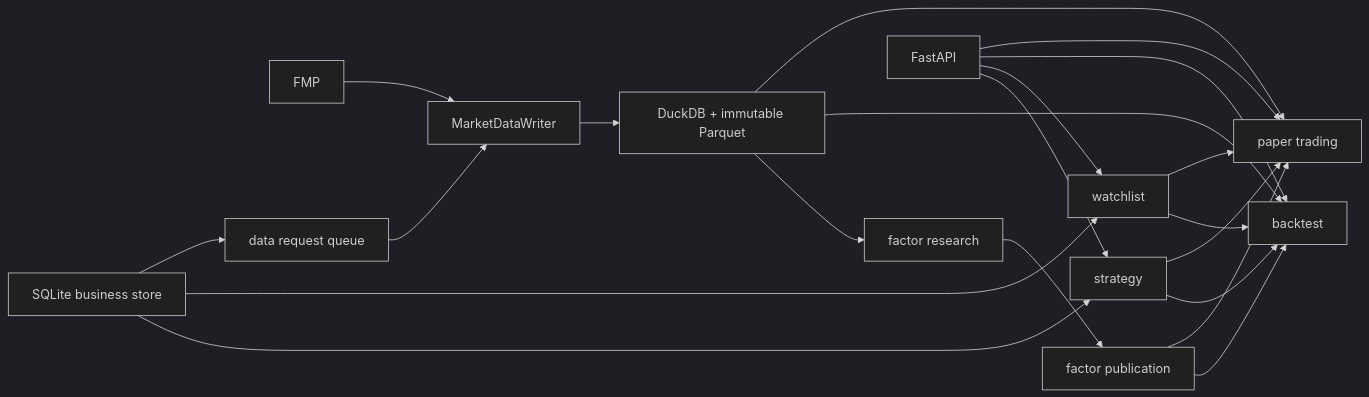
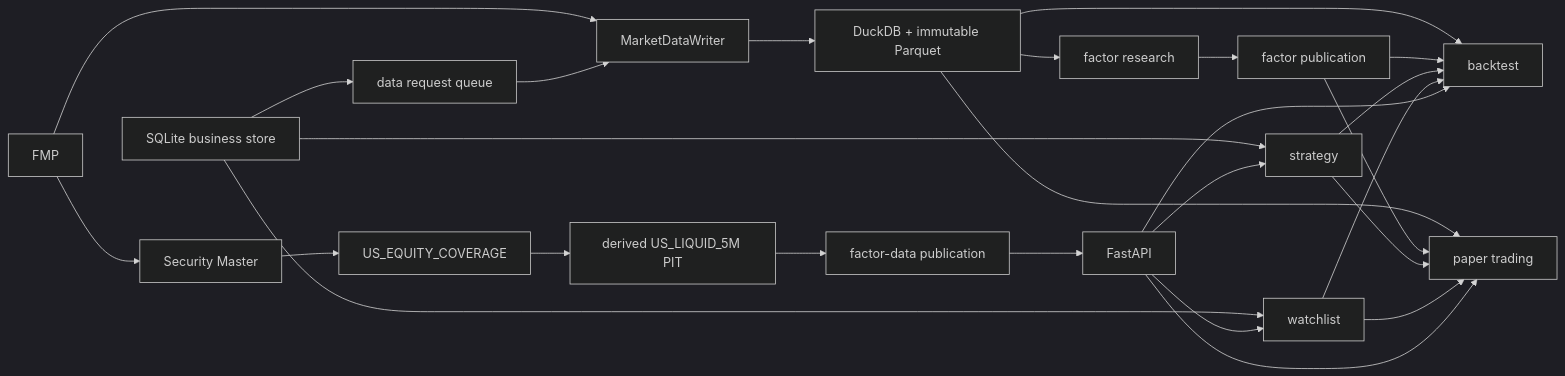
One commit to Clno1/quant-factor-framework changed the first of 2 diagrams in docs/project_architecture.md. Above: the diagram before and after it, drawn with Mermaid (dark theme). The commit also changed other lines of this file and 171 other files, not shown here.

````diff
--- a/docs/project_architecture.md
+++ b/docs/project_architecture.md
@@ -25,27 +27,33 @@
 ```mermaid
 flowchart LR
     FMP["FMP"] --> WRITER["MarketDataWriter"]
     WRITER --> DATA["DuckDB + immutable Parquet"]
     DATA --> RESEARCH["factor research"]
     RESEARCH --> FACTOR["factor publication"]
 
     APP["SQLite business store"] --> STRATEGY["strategy"]
     APP --> WATCHLIST["watchlist"]
     APP --> QUEUE["data request queue"]
     QUEUE --> WRITER
 
     DATA --> BACKTEST["backtest"]
     FACTOR --> BACKTEST
     STRATEGY --> BACKTEST
     WATCHLIST --> BACKTEST
 
     DATA --> PAPER["paper trading"]
     FACTOR --> PAPER
     STRATEGY --> PAPER
     WATCHLIST --> PAPER
 
     WEB["FastAPI"] --> STRATEGY
     WEB --> WATCHLIST
     WEB --> BACKTEST
     WEB --> PAPER
+
+    FMP --> MASTER["Security Master"]
+    MASTER --> COVERAGE["US_EQUITY_COVERAGE"]
+    COVERAGE --> BROAD_PIT["derived US_LIQUID_5M PIT"]
+    BROAD_PIT --> BROAD_FACTOR["factor-data publication"]
+    BROAD_FACTOR --> WEB
 ```
````
